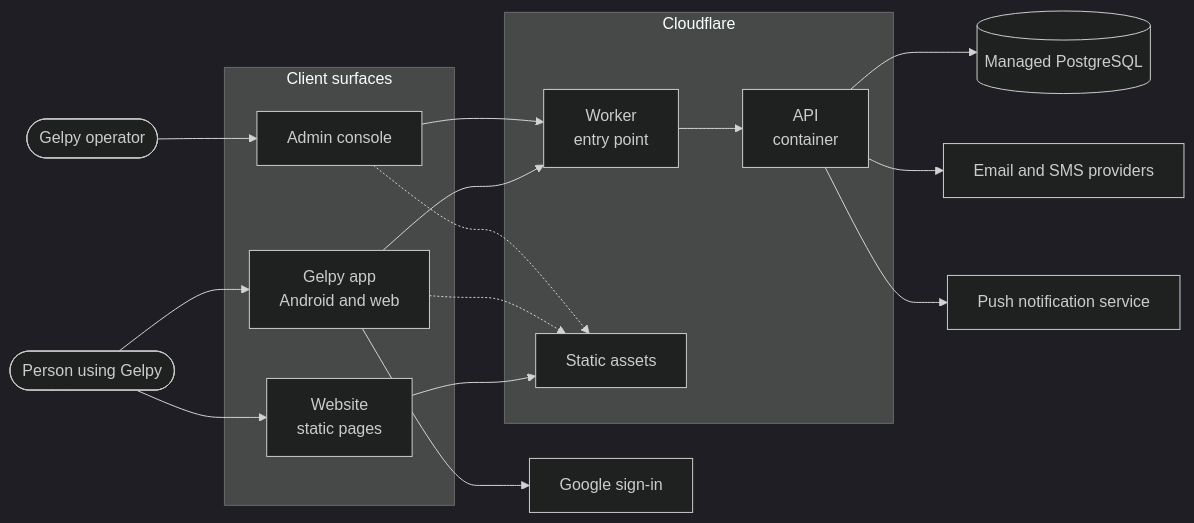
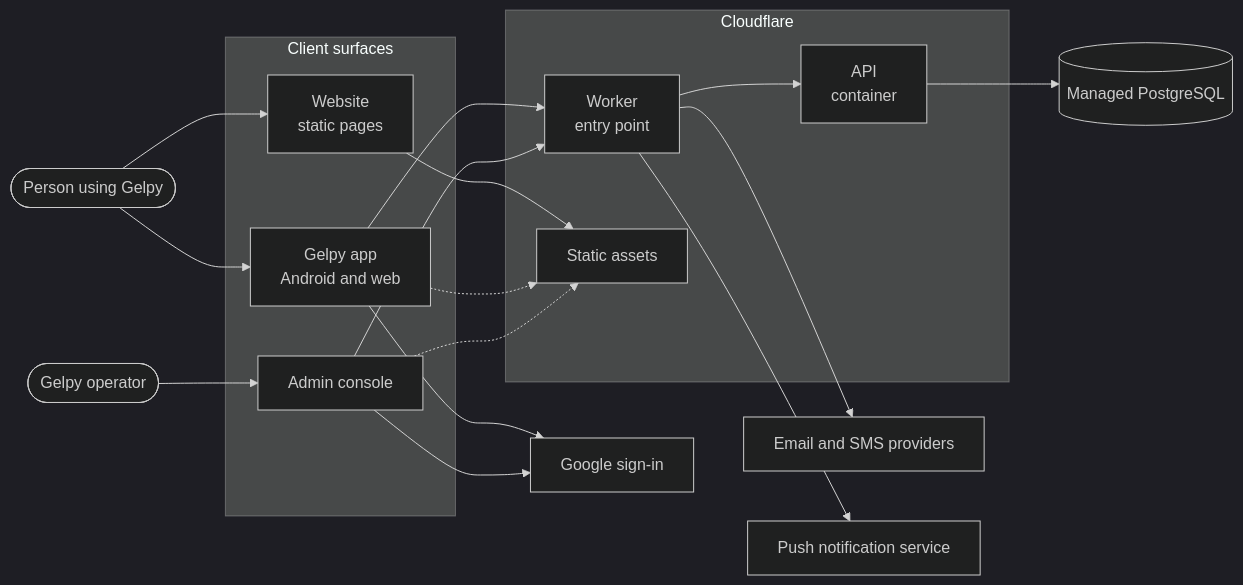
Before and after one commit to Gelpy/gelpy: the first of 3 diagrams in docs/architecture/overview.md, drawn with Mermaid (dark theme). The commit also changed other lines of this file and 6 other files, not shown here.

First line of the commit message:
docs: write the Quality section and update the architecture (001-059)

````diff
--- a/docs/architecture/overview.md
+++ b/docs/architecture/overview.md
@@ -19,36 +27,37 @@
 ```mermaid
 flowchart LR
   user([Person using Gelpy])
   admin([Gelpy operator])
 
   subgraph clients[Client surfaces]
     app[Gelpy app<br/>Android and web]
     web[Website<br/>static pages]
     console[Admin console]
   end
 
   subgraph platform[Cloudflare]
     edge[Worker<br/>entry point]
     api[API<br/>container]
     assets[Static assets]
   end
 
   db[(Managed PostgreSQL)]
   idp[Google sign-in]
   msg[Email and SMS providers]
   push[Push notification service]
 
   user --> app
   user --> web
   admin --> console
   app --> edge
   console --> edge
   web --> assets
   app -.-> assets
   console -.-> assets
   edge --> api
   api --> db
   app --> idp
-  api --> msg
-  api --> push
+  console --> idp
+  edge --> msg
+  edge --> push
 ```
````
